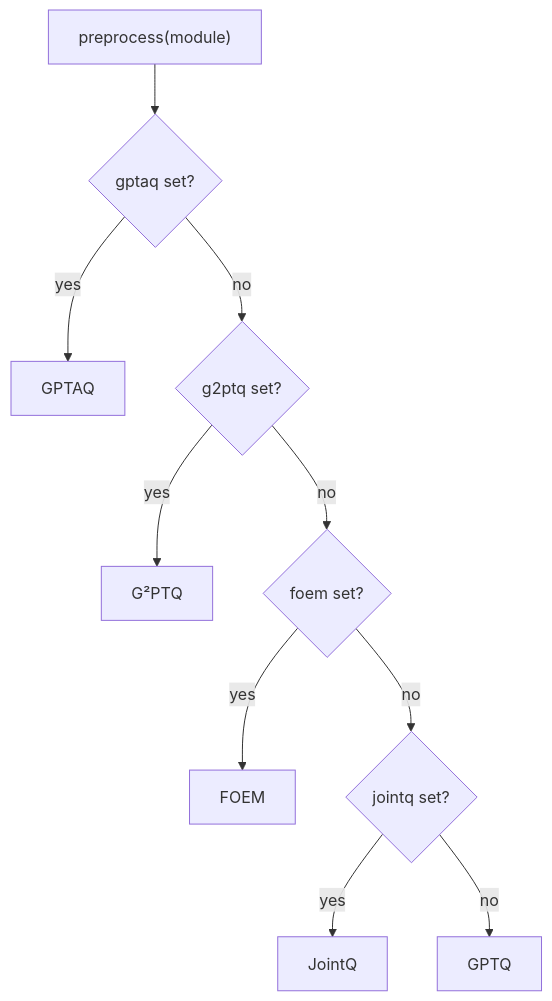
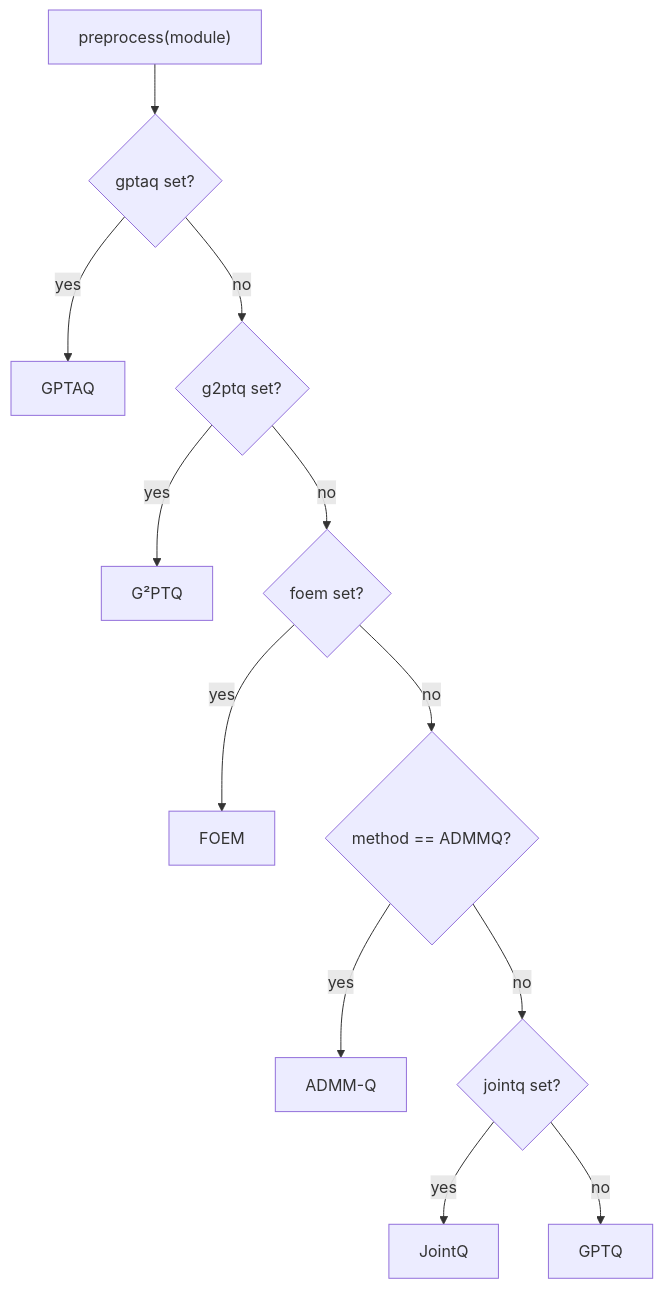
One commit to ModelCloud/GPTQModel changed the first of 2 diagrams in docs/jointq.md. Above: the diagram before and after it, drawn with Mermaid. The commit also changed other lines of this file and 4 other files, not shown here.

````diff
--- a/docs/jointq.md
+++ b/docs/jointq.md
@@ -157,12 +157,14 @@
 ```mermaid
 flowchart TD
     A["preprocess(module)"] --> B{"gptaq set?"}
     B -->|yes| C["GPTAQ"]
     B -->|no| D{"g2ptq set?"}
     D -->|yes| E["G²PTQ"]
     D -->|no| F{"foem set?"}
     F -->|yes| G["FOEM"]
-    F -->|no| H{"jointq set?"}
+    F -->|no| K{"method == ADMMQ?"}
+    K -->|yes| L["ADMM-Q"]
+    K -->|no| H{"jointq set?"}
     H -->|yes| I["JointQ"]
     H -->|no| J["GPTQ"]
 ```
````
